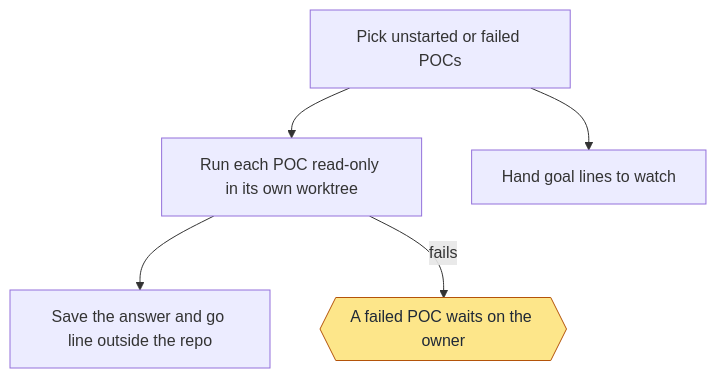
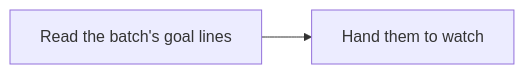
Diagram 15 of 16 in docs/wiki/Monitoring.md (jcl2018/agent-workflow-template), drawn with Mermaid before and after one commit. The commit also changed other lines of this file and 8 other files, not shown here.

Commit message:
Batches hold goals only: drop POCs and promote

````diff
--- a/docs/wiki/Monitoring.md
+++ b/docs/wiki/Monitoring.md
@@ -375,14 +360,6 @@
 ```mermaid
-flowchart TD
-  a["Pick unstarted or failed POCs"]
-  b["Run each POC read-only in its own worktree"]
-  c["Hand goal lines to watch"]
-  d["Save the answer and go line outside the repo"]
-  e{{"A failed POC waits on the owner"}}
+flowchart LR
+  a["Read the batch's goal lines"]
+  b["Hand them to watch"]
   a --> b
-  a --> c
-  b --> d
-  b -->|fails| e
-  classDef owner fill:#fde68a,stroke:#b45309,color:#1f2937
-  class e owner
 ```
````
